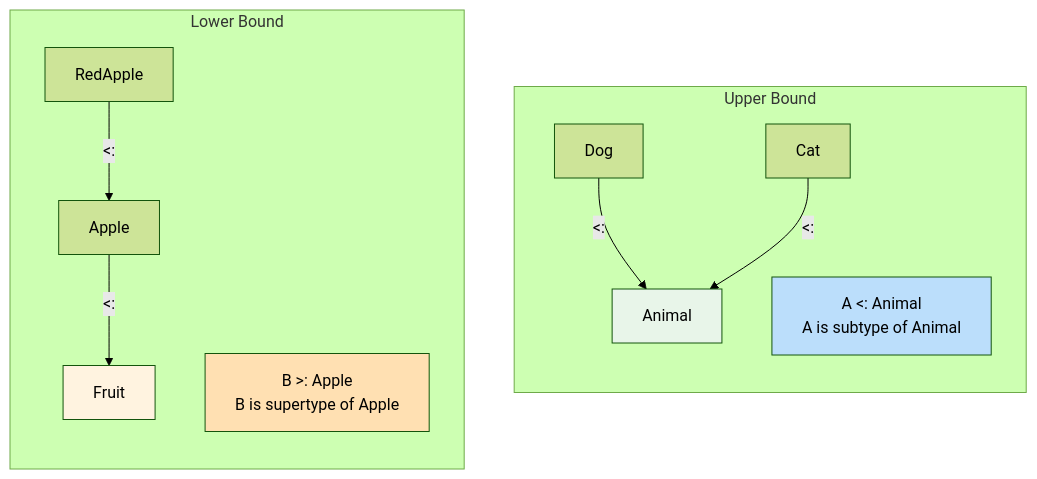
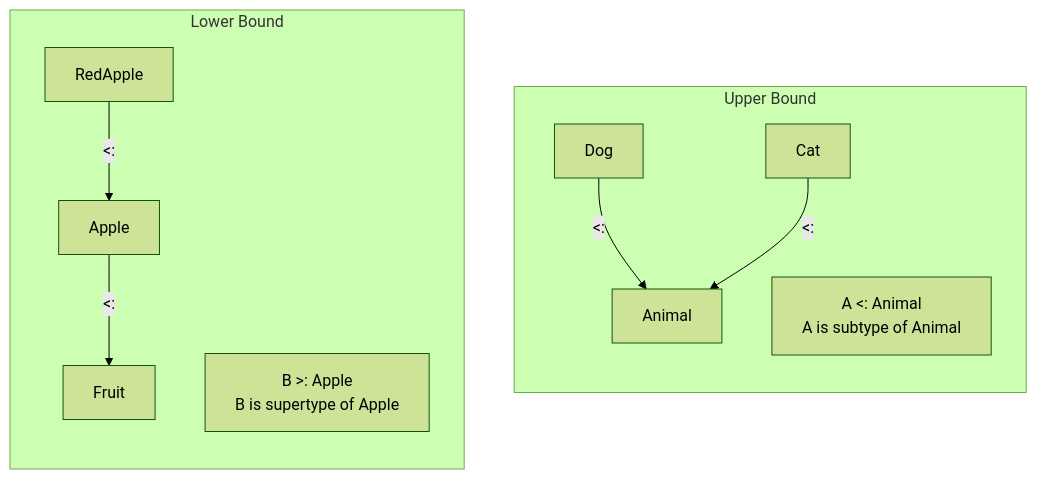
Before and after one commit to advanced-beginner/advanced-beginner.github.io: the diagram in content/en/scala/concepts/generics.md, drawn with Mermaid (forest theme). The commit also changed 35 other files, not shown here.

First line of the commit message:
refactor: Mermaid 다이어그램 개선

````diff
--- a/content/en/scala/concepts/generics.md
+++ b/content/en/scala/concepts/generics.md
@@ -69,27 +69,22 @@
 ```mermaid
 graph TB
     subgraph "Upper Bound"
         direction TB
         Animal["Animal"]
         Dog["Dog"]
         Cat["Cat"]
         Dog -->|"<:"| Animal
         Cat -->|"<:"| Animal
         UB["A <: Animal<br/>A is subtype of Animal"]
     end
 
     subgraph "Lower Bound"
         direction TB
         Fruit["Fruit"]
         Apple["Apple"]
         RedApple["RedApple"]
         Apple -->|"<:"| Fruit
         RedApple -->|"<:"| Apple
         LB["B >: Apple<br/>B is supertype of Apple"]
     end
-
-    style Animal fill:#e8f5e9
-    style Fruit fill:#fff3e0
-    style UB fill:#bbdefb
-    style LB fill:#ffe0b2
 ```
````
